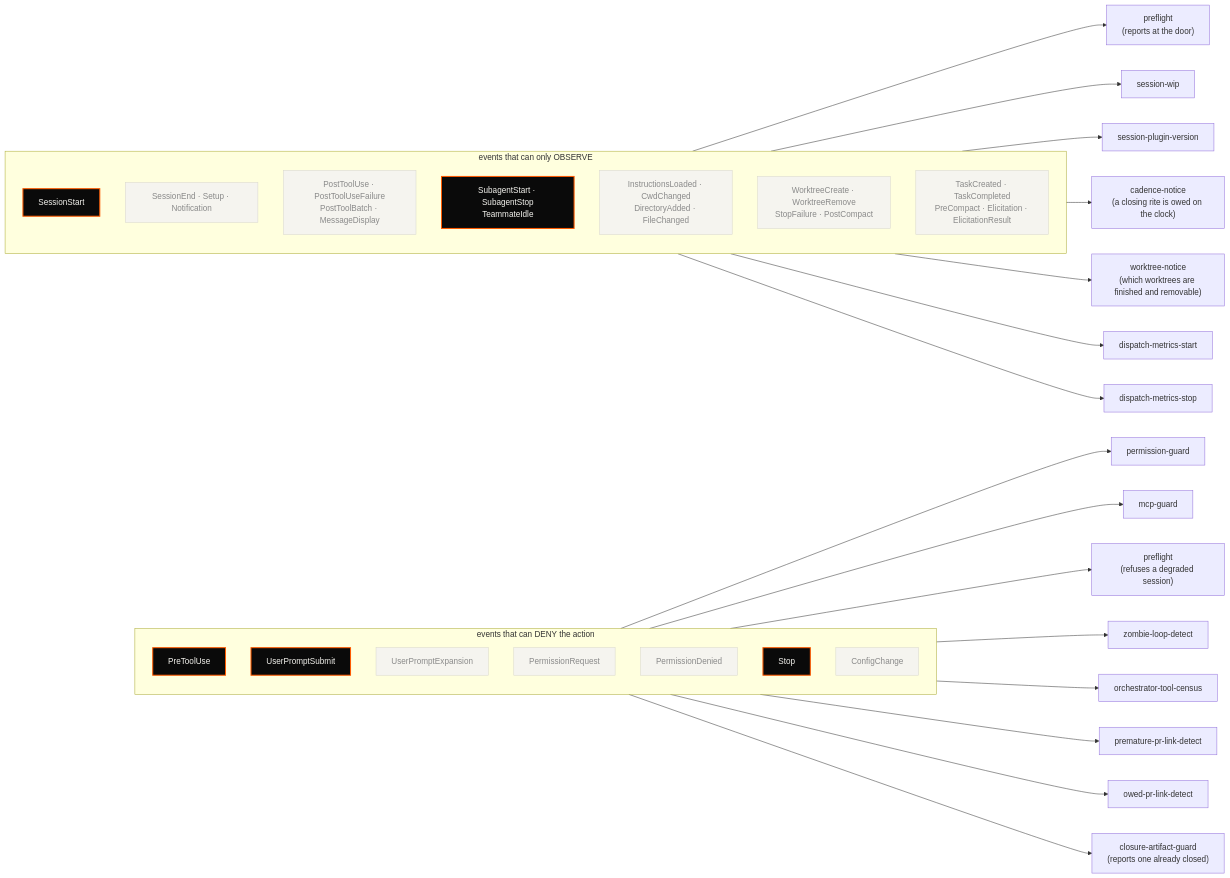
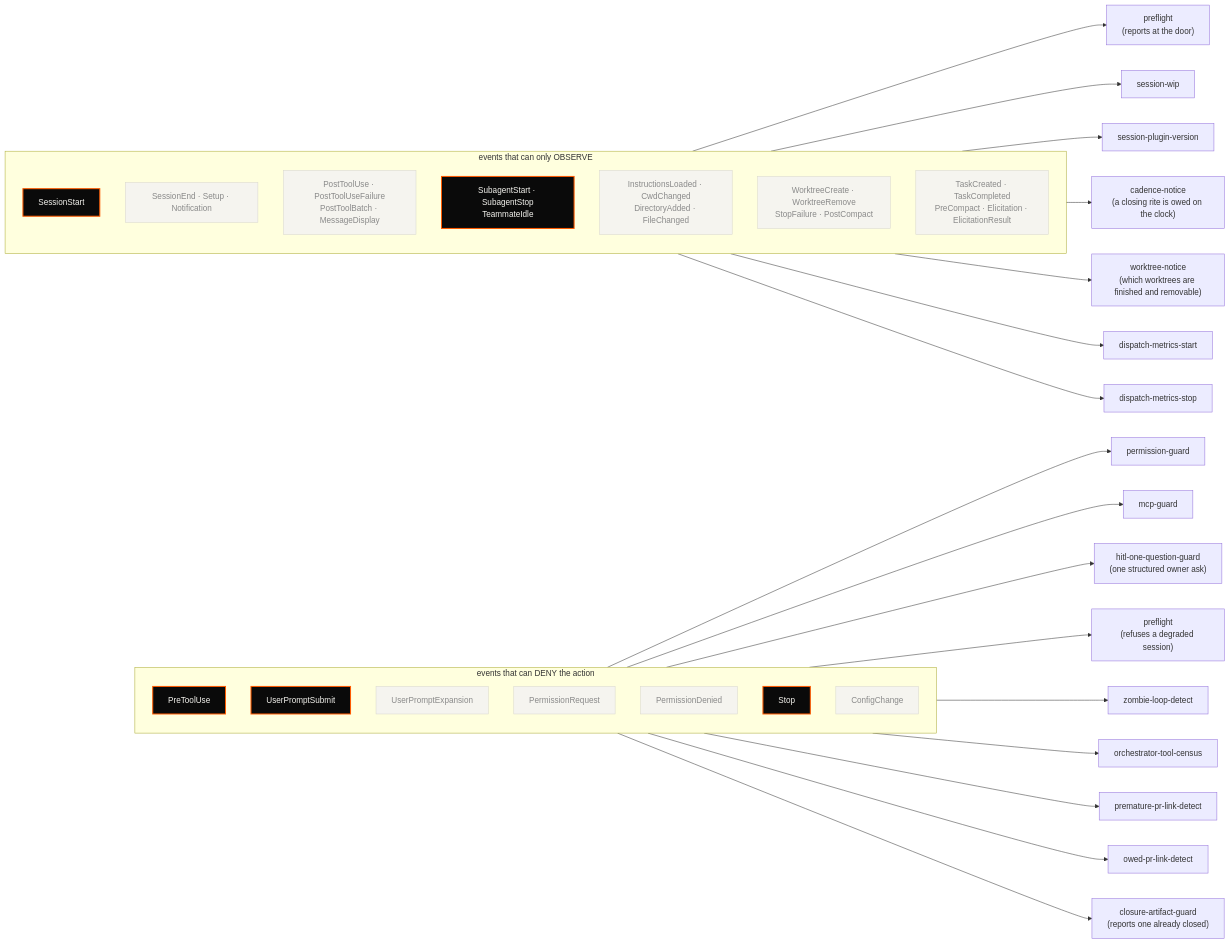
One commit to tedeuxx/tadeumendonca-skills changed the fourth of 5 diagrams in README.md. Above: the diagram before and after it, drawn with Mermaid. The commit also changed other lines of this file and 13 other files, not shown here.

Commit message:
feat(hooks): enforce one owner ask per activation (#538)

````diff
--- a/README.md
+++ b/README.md
@@ -1396,61 +1396,63 @@
 ```mermaid
 flowchart LR
   classDef used fill:#0A0A0A,color:#F5F4EF,stroke:#FF5A00,stroke-width:2px
   classDef idle fill:#F5F4EF,color:#8A8A8A,stroke:#D8D6CE
 
   subgraph BLOCK["events that can DENY the action"]
     direction TB
     E1["PreToolUse"]
     E2["UserPromptSubmit"]
     E3["UserPromptExpansion"]:::idle
     E4["PermissionRequest"]:::idle
     E5["PermissionDenied"]:::idle
     E6["Stop"]
     E7["ConfigChange"]:::idle
   end
 
   subgraph OBS["events that can only OBSERVE"]
     direction TB
     O1["SessionStart"]
     O2["SessionEnd · Setup · Notification"]:::idle
     O3["PostToolUse · PostToolUseFailure<br/>PostToolBatch · MessageDisplay"]:::idle
     O4["SubagentStart · SubagentStop<br/>TeammateIdle"]:::idle
     O5["InstructionsLoaded · CwdChanged<br/>DirectoryAdded · FileChanged"]:::idle
     O6["WorktreeCreate · WorktreeRemove<br/>StopFailure · PostCompact"]:::idle
     O7["TaskCreated · TaskCompleted<br/>PreCompact · Elicitation · ElicitationResult"]:::idle
   end
 
   H1["permission-guard"]
   H3["session-wip"]
   H4["session-plugin-version"]
   H18["cadence-notice<br/>(a closing rite is owed on the clock)"]
   H19["worktree-notice<br/>(which worktrees are finished and removable)"]
   H5["dispatch-metrics-start"]
   H6["dispatch-metrics-stop"]
   H7["zombie-loop-detect"]
   H9["orchestrator-tool-census"]
   H10["premature-pr-link-detect"]
   H17["owed-pr-link-detect"]
   H13["closure-artifact-guard<br/>(reports one already closed)"]
   H14["preflight<br/>(refuses a degraded session)"]
   H15["preflight<br/>(reports at the door)"]
   H16["mcp-guard"]
+  H20["hitl-one-question-guard<br/>(one structured owner ask)"]
 
   E1 --> H1
   E1 --> H16
+  E1 --> H20
   E2 --> H14
   O1 --> H15
   O1 --> H3
   O1 --> H4
   O1 --> H18
   O1 --> H19
   O4 --> H5
   O4 --> H6
   E6 --> H7
   E6 --> H9
   E6 --> H10
   E6 --> H17
   E6 --> H13
 
   class E1,E2,O1,O4,E6 used
 ```
````
